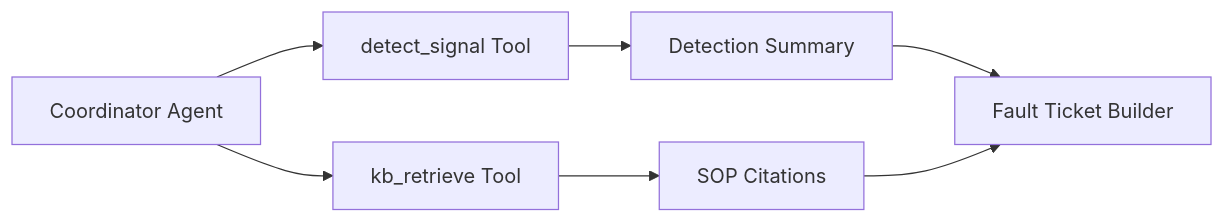
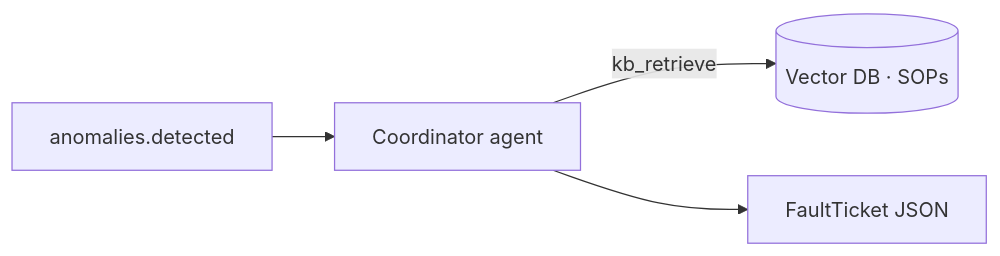
One commit to sheldongordon4/multi-agent-fault-detection changed the diagram in docs/Agent_Architecture.md. Above: the diagram before and after it, drawn with Mermaid. The commit also changed other lines of this file and 6 other files, not shown here.

````diff
--- a/docs/Agent_Architecture.md
+++ b/docs/Agent_Architecture.md
@@ -13,9 +15,6 @@
 ```mermaid
 flowchart LR
-    A[Coordinator Agent] --> B[detect_signal Tool]
-    A --> C[kb_retrieve Tool]
-    B --> D[Detection Summary]
-    C --> E[SOP Citations]
-    D --> F[Fault Ticket Builder]
-    E --> F
+    E[anomalies.detected] --> C[Coordinator agent]
+    C -->|kb_retrieve| V[(Vector DB · SOPs)]
+    C --> T[FaultTicket JSON]
 ```
````
